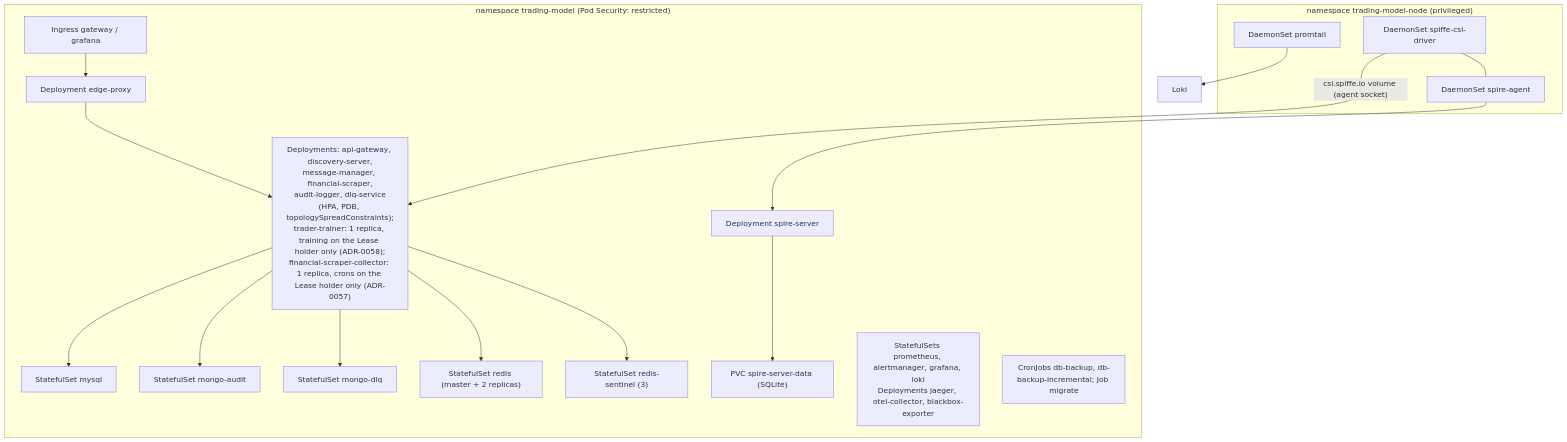
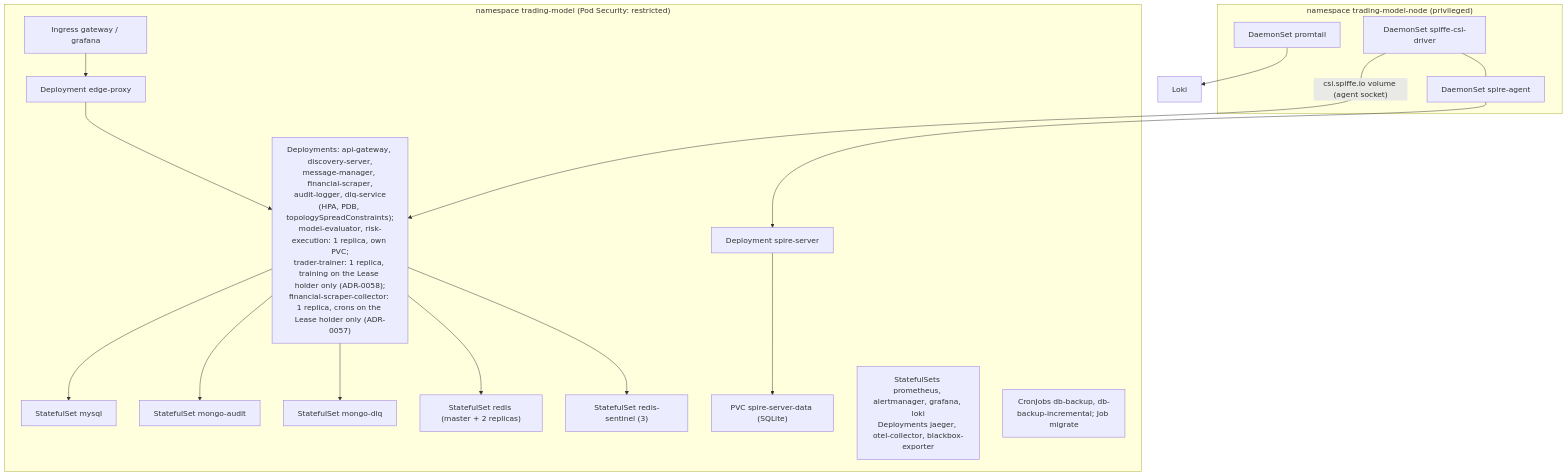
One commit to docteur-turboss/trading-model changed the third of 4 diagrams in docs/architecture/system-overview.md. Above: the diagram before and after it, drawn with Mermaid. The commit also changed other lines of this file and 4 other files, not shown here.

First line of the commit message:
:memo:(docs): ramener system-overview et bounded-contexts au code (risk-execution, model-evaluator, signaux, ADR-0073) (#1971)

````diff
--- a/docs/architecture/system-overview.md
+++ b/docs/architecture/system-overview.md
@@ -78,24 +86,24 @@
 ```mermaid
 flowchart TB
   subgraph tm["namespace trading-model (Pod Security: restricted)"]
     ing["Ingress gateway / grafana"] --> edge["Deployment edge-proxy"]
-    edge --> svc["Deployments: api-gateway, discovery-server,<br/>message-manager, financial-scraper,<br/>audit-logger, dlq-service<br/>(HPA, PDB, topologySpreadConstraints);<br/>trader-trainer: 1 replica, training on the Lease holder only (ADR-0058);<br/>financial-scraper-collector: 1 replica, crons on the Lease holder only (ADR-0057)"]
+    edge --> svc["Deployments: api-gateway, discovery-server,<br/>message-manager, financial-scraper,<br/>audit-logger, dlq-service<br/>(HPA, PDB, topologySpreadConstraints);<br/>model-evaluator, risk-execution: 1 replica, own PVC;<br/>trader-trainer: 1 replica, training on the Lease holder only (ADR-0058);<br/>financial-scraper-collector: 1 replica, crons on the Lease holder only (ADR-0057)"]
     svc --> mysql["StatefulSet mysql"]
     svc --> mA["StatefulSet mongo-audit"]
     svc --> mD["StatefulSet mongo-dlq"]
     svc --> rd["StatefulSet redis (master + 2 replicas)"]
     svc --> rs["StatefulSet redis-sentinel (3)"]
     ss["Deployment spire-server"] --> sspvc["PVC spire-server-data (SQLite)"]
     obs["StatefulSets prometheus, alertmanager, grafana, loki<br/>Deployments jaeger, otel-collector, blackbox-exporter"]
     jobs["CronJobs db-backup, db-backup-incremental; Job migrate"]
   end
   subgraph node["namespace trading-model-node (privileged)"]
     agent["DaemonSet spire-agent"]
     csi["DaemonSet spiffe-csi-driver"]
     pt["DaemonSet promtail"]
   end
   csi -->|"csi.spiffe.io volume (agent socket)"| svc
   agent --> ss
   csi --- agent
   pt --> loki["Loki"]
 ```
````
